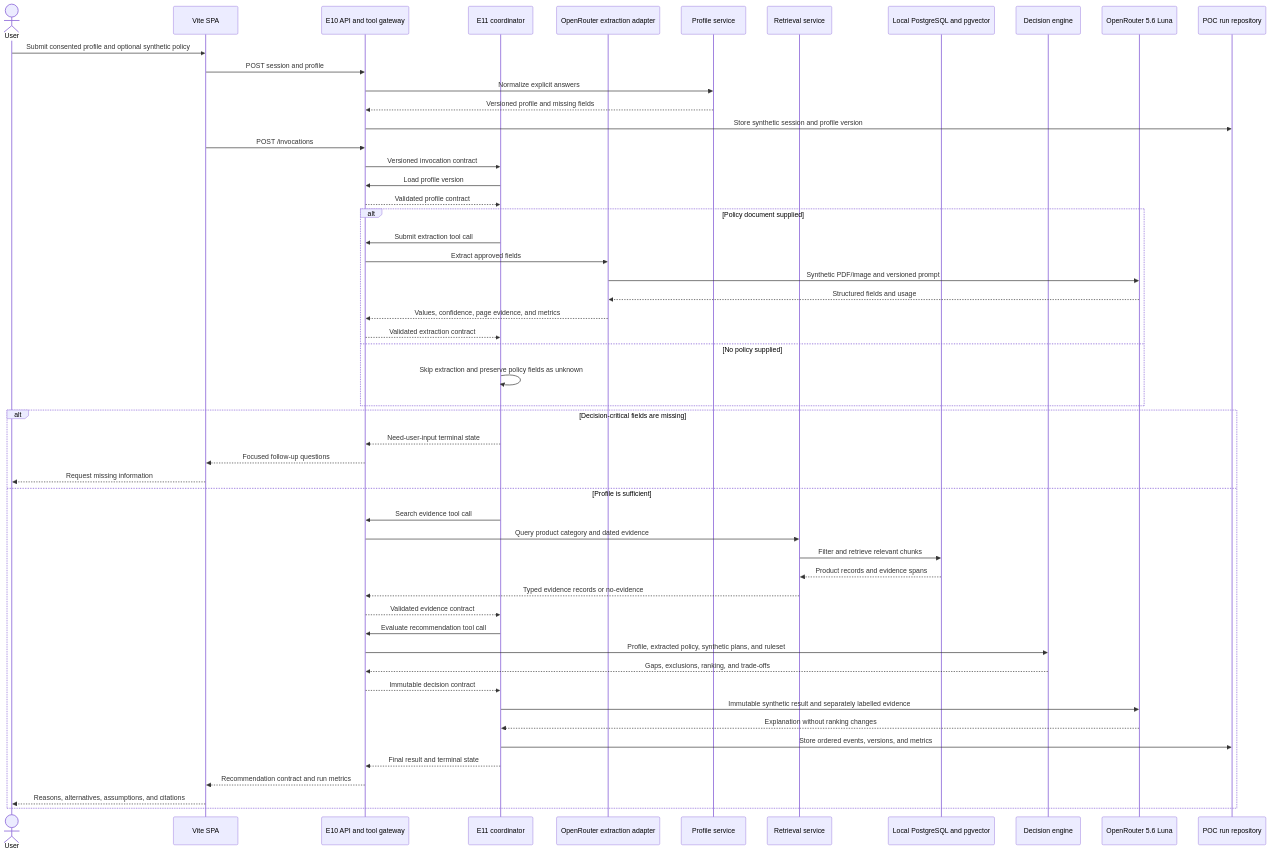
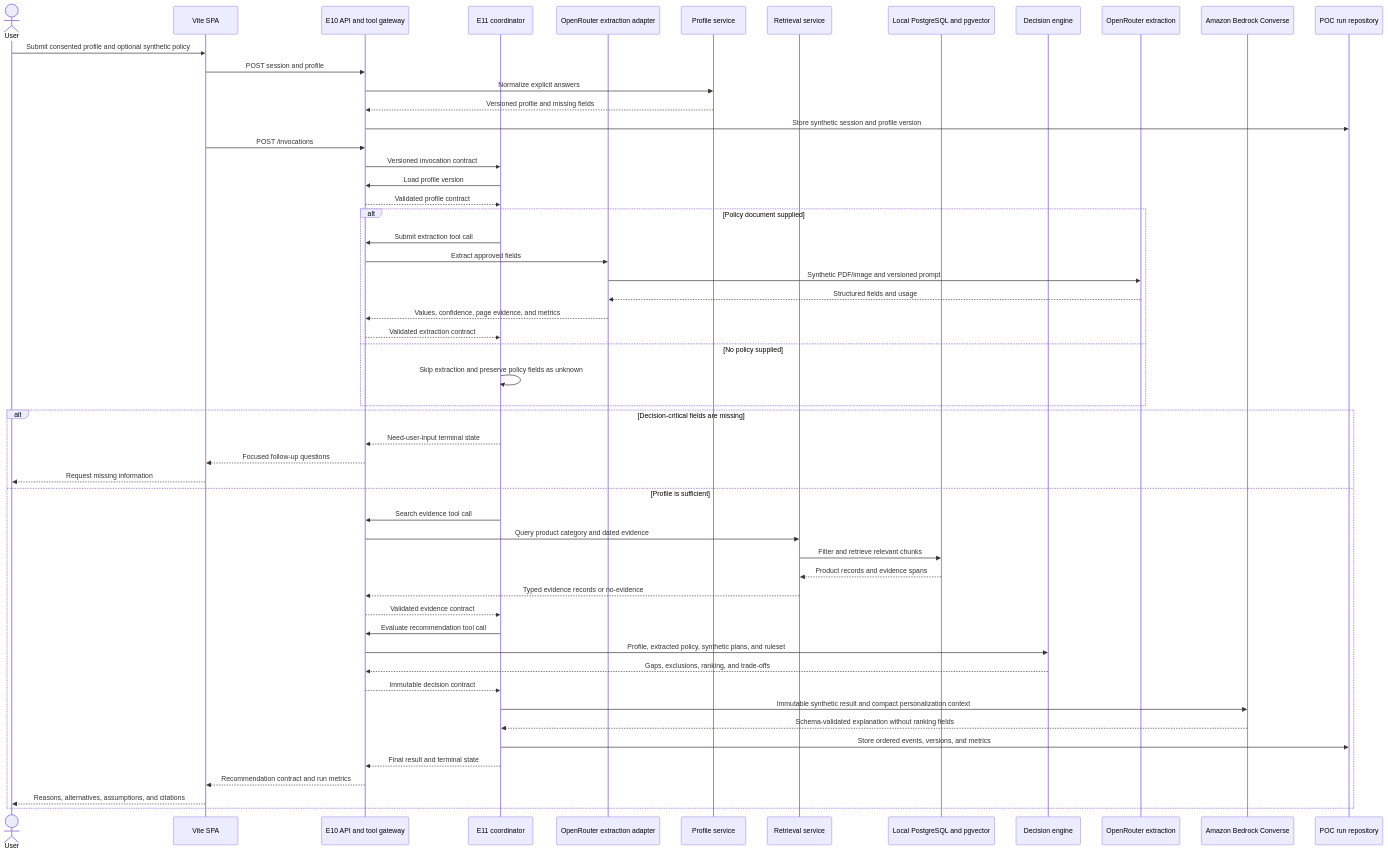
The fourth of 5 diagrams in docs/diagrams/sequence.md (dgxy2002/sn-hackathon), drawn with Mermaid before and after one commit. The commit also changed other lines of this file and 38 other files, not shown here.

Commit message:
feat: integrate Bedrock explanations and personalization

````diff
--- a/docs/diagrams/sequence.md
+++ b/docs/diagrams/sequence.md
@@ -111,57 +111,58 @@
 ```mermaid
 sequenceDiagram
     actor User
     participant SPA as Vite SPA
     participant API as E10 API and tool gateway
     participant Coordinator as E11 coordinator
     participant Extract as OpenRouter extraction adapter
     participant Profile as Profile service
     participant RAG as Retrieval service
     participant DB as Local PostgreSQL and pgvector
     participant Rules as Decision engine
-    participant OpenRouter as OpenRouter 5.6 Luna
+    participant OpenRouter as OpenRouter extraction
+    participant Bedrock as Amazon Bedrock Converse
     participant Runs as POC run repository
 
     User->>SPA: Submit consented profile and optional synthetic policy
     SPA->>API: POST session and profile
     API->>Profile: Normalize explicit answers
     Profile-->>API: Versioned profile and missing fields
     API->>Runs: Store synthetic session and profile version
     SPA->>API: POST /invocations
     API->>Coordinator: Versioned invocation contract
     Coordinator->>API: Load profile version
     API-->>Coordinator: Validated profile contract
     alt Policy document supplied
         Coordinator->>API: Submit extraction tool call
         API->>Extract: Extract approved fields
         Extract->>OpenRouter: Synthetic PDF/image and versioned prompt
         OpenRouter-->>Extract: Structured fields and usage
         Extract-->>API: Values, confidence, page evidence, and metrics
         API-->>Coordinator: Validated extraction contract
     else No policy supplied
         Coordinator->>Coordinator: Skip extraction and preserve policy fields as unknown
     end
 
     alt Decision-critical fields are missing
         Coordinator-->>API: Need-user-input terminal state
         API-->>SPA: Focused follow-up questions
         SPA-->>User: Request missing information
     else Profile is sufficient
         Coordinator->>API: Search evidence tool call
         API->>RAG: Query product category and dated evidence
         RAG->>DB: Filter and retrieve relevant chunks
         DB-->>RAG: Product records and evidence spans
         RAG-->>API: Typed evidence records or no-evidence
         API-->>Coordinator: Validated evidence contract
         Coordinator->>API: Evaluate recommendation tool call
         API->>Rules: Profile, extracted policy, synthetic plans, and ruleset
         Rules-->>API: Gaps, exclusions, ranking, and trade-offs
         API-->>Coordinator: Immutable decision contract
-        Coordinator->>OpenRouter: Immutable synthetic result and separately labelled evidence
-        OpenRouter-->>Coordinator: Explanation without ranking changes
+        Coordinator->>Bedrock: Immutable synthetic result and compact personalization context
+        Bedrock-->>Coordinator: Schema-validated explanation without ranking fields
         Coordinator->>Runs: Store ordered events, versions, and metrics
         Coordinator-->>API: Final result and terminal state
         API-->>SPA: Recommendation contract and run metrics
         SPA-->>User: Reasons, alternatives, assumptions, and citations
     end
 ```
````
